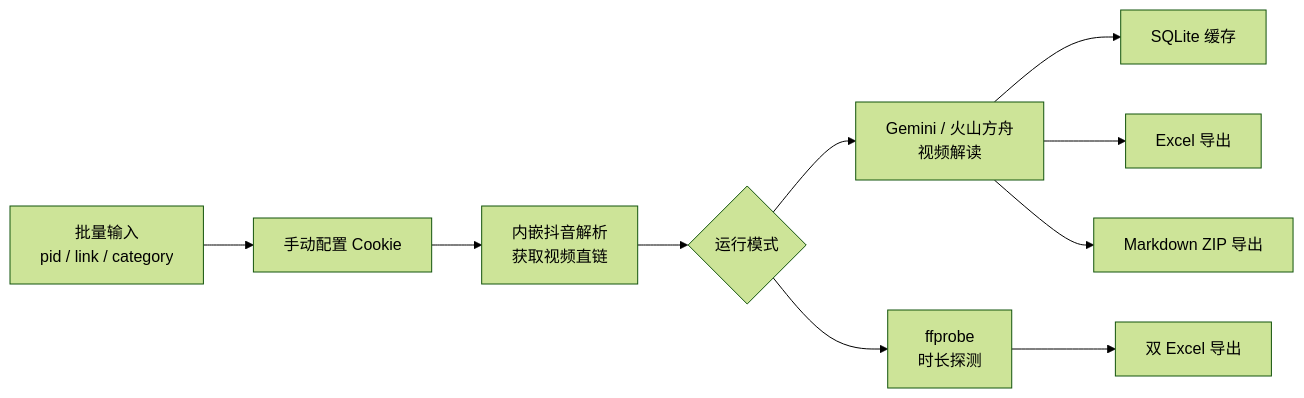
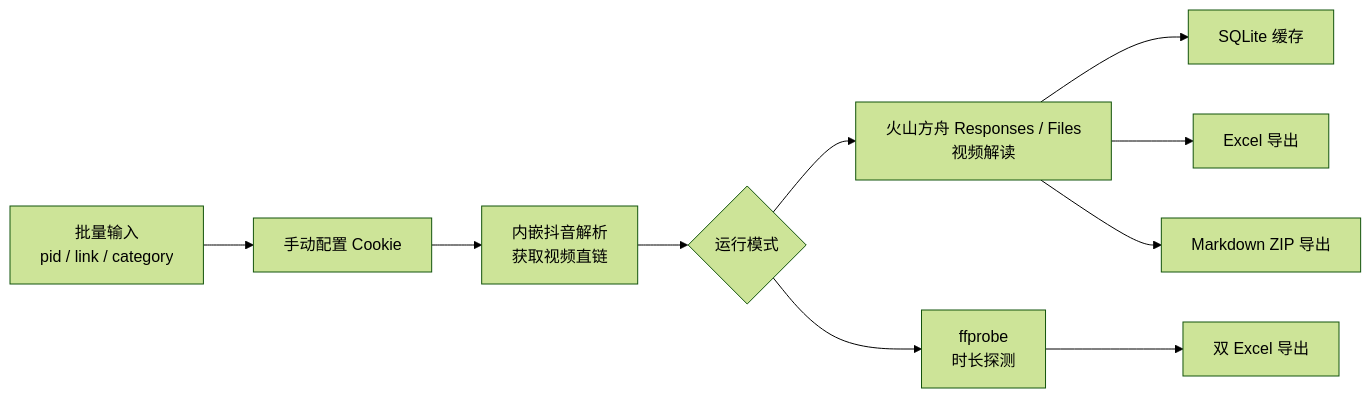
The diagram in README.md (yycy134679/video2prompt), drawn with Mermaid (forest theme) before and after one commit. The commit also changed other lines of this file and 9 other files, not shown here.

````diff
--- a/README.md
+++ b/README.md
@@ -43,12 +43,12 @@
 ```mermaid
 flowchart LR
   A["批量输入<br/>pid / link / category"] --> B["手动配置 Cookie"]
   B --> C["内嵌抖音解析<br/>获取视频直链"]
   C --> D{"运行模式"}
-  D --> E["Gemini / 火山方舟<br/>视频解读"]
+  D --> E["火山方舟 Responses / Files<br/>视频解读"]
   D --> F["ffprobe<br/>时长探测"]
   E --> G["SQLite 缓存"]
   E --> H["Excel 导出"]
   E --> I["Markdown ZIP 导出"]
   F --> J["双 Excel 导出"]
 ```
````
